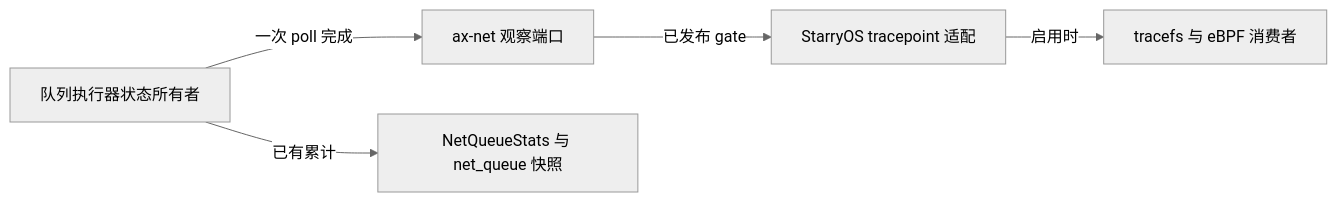
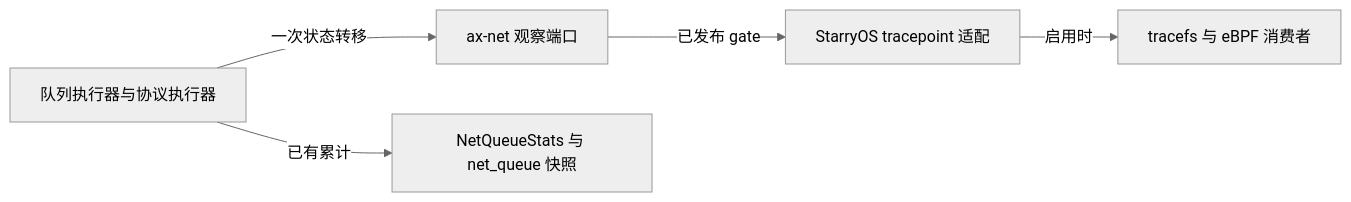
Before and after one commit to Antareske/tgoskits: the diagram in docs/docs/architecture/net/events.md, drawn with Mermaid (neutral theme). The commit also changed other lines of this file and 11 other files, not shown here.

````diff
--- a/docs/docs/architecture/net/events.md
+++ b/docs/docs/architecture/net/events.md
@@ -16,7 +16,7 @@
 ```mermaid
 flowchart LR
-    A[队列执行器状态所有者] -->|一次 poll 完成| B[ax-net 观察端口]
+    A[队列执行器与协议执行器] -->|一次状态转移| B[ax-net 观察端口]
     B -->|已发布 gate| C[StarryOS tracepoint 适配]
     C -->|启用时| D[tracefs 与 eBPF 消费者]
     A -->|已有累计| E[NetQueueStats 与 net_queue 快照]
 ```
````
